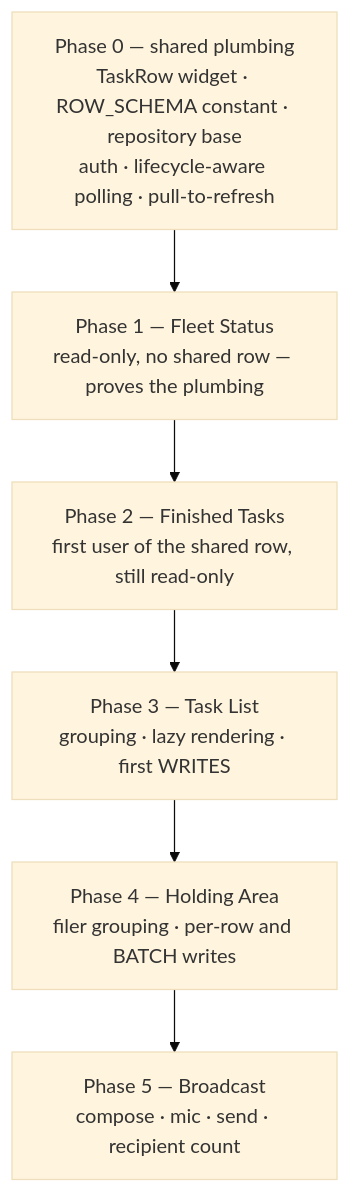
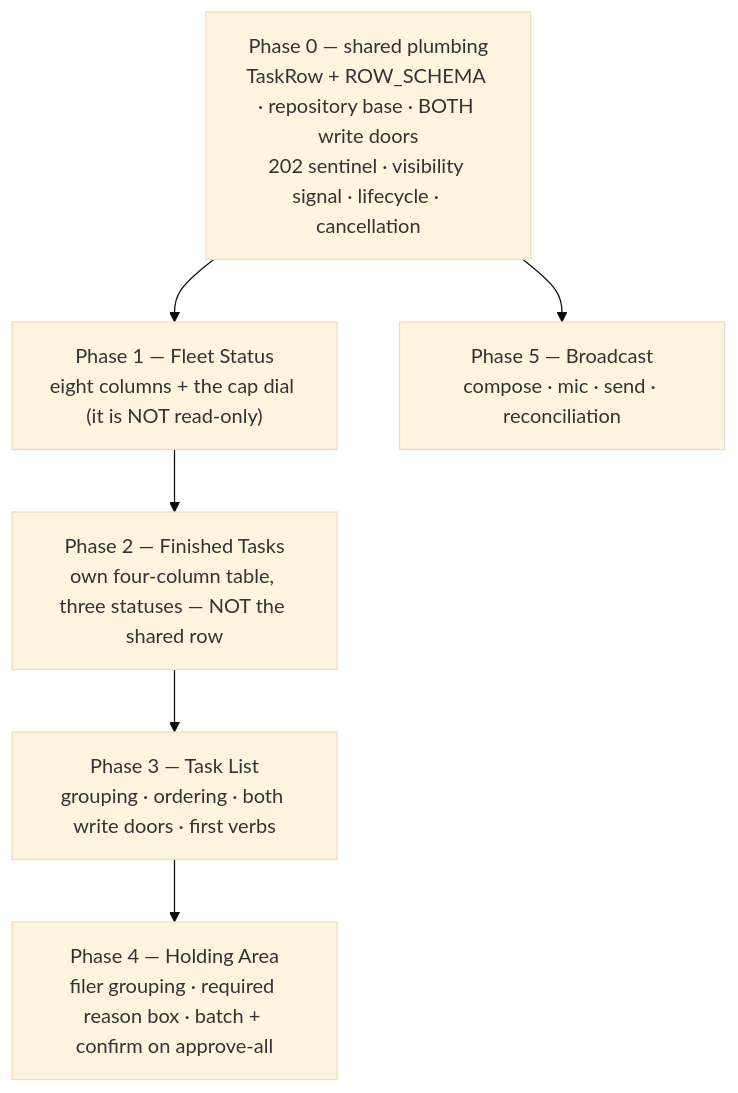
Before and after one commit to deepily/planning-is-prompting: the second of 2 diagrams in src/rnd/2026.09.19-mobile-client-fleet-panes.md, drawn with Mermaid (base theme). The commit also changed other lines of this file and 1 other file, not shown here.

````diff
--- a/src/rnd/2026.09.19-mobile-client-fleet-panes.md
+++ b/src/rnd/2026.09.19-mobile-client-fleet-panes.md
@@ -267,9 +430,10 @@
 ```mermaid
 flowchart TD
-    P0["Phase 0 — shared plumbing<br/>TaskRow widget · ROW_SCHEMA constant · repository base<br/>auth · lifecycle-aware polling · pull-to-refresh"] --> P1
-    P1["Phase 1 — Fleet Status<br/>read-only, no shared row — proves the plumbing"] --> P2
-    P2["Phase 2 — Finished Tasks<br/>first user of the shared row, still read-only"] --> P3
-    P3["Phase 3 — Task List<br/>grouping · lazy rendering · first WRITES"] --> P4
-    P4["Phase 4 — Holding Area<br/>filer grouping · per-row and BATCH writes"] --> P5
-    P5["Phase 5 — Broadcast<br/>compose · mic · send · recipient count"]
+    P0["Phase 0 — shared plumbing<br/>TaskRow + ROW_SCHEMA · repository base · BOTH write doors<br/>202 sentinel · visibility signal · lifecycle · cancellation"] --> P1
+    P1["Phase 1 — Fleet Status<br/>eight columns + the cap dial (it is NOT read-only)"] --> P2
+    P2["Phase 2 — Finished Tasks<br/>own four-column table, three statuses — NOT the shared row"] --> P3
+    P3["Phase 3 — Task List<br/>grouping · ordering · both write doors · first verbs"] --> P4
+    P4["Phase 4 — Holding Area<br/>filer grouping · required reason box · batch + confirm on approve-all"]
+    P0 --> P5
+    P5["Phase 5 — Broadcast<br/>compose · mic · send · reconciliation"]
 ```
````
